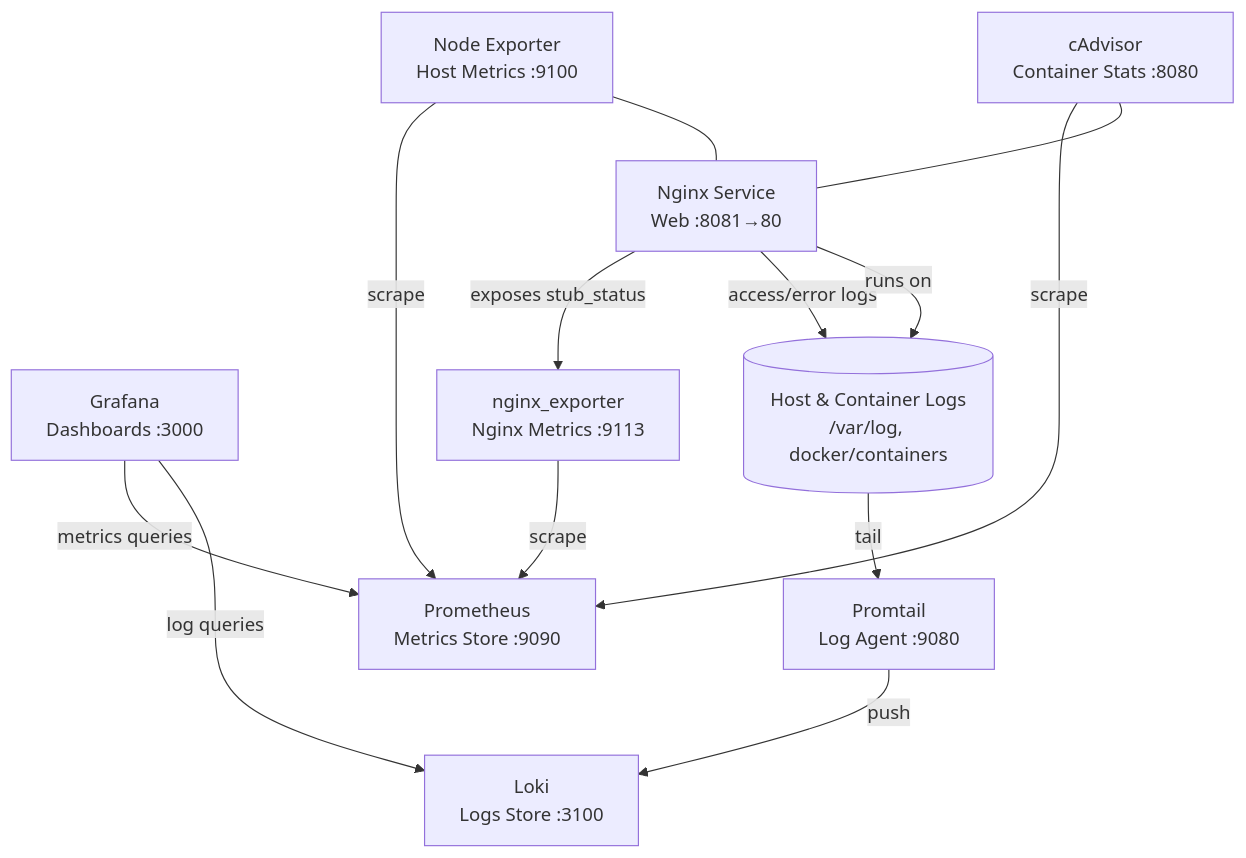
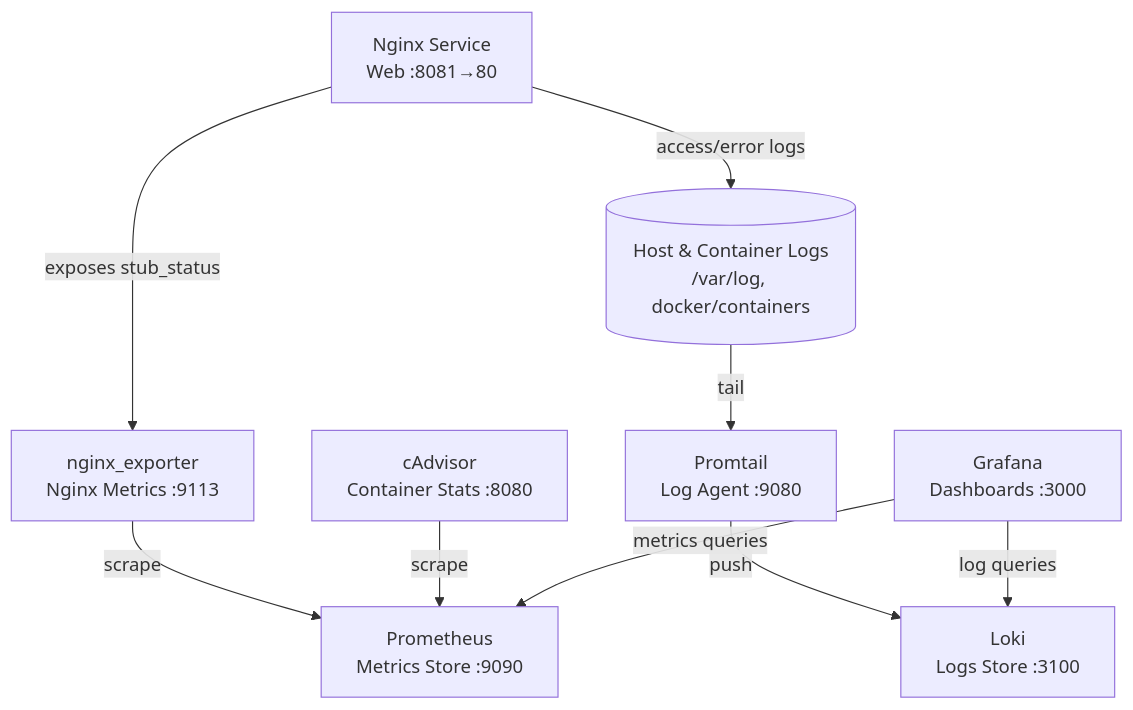
The diagram in diagrams/architecture.mmd (i-zrhe2016/docker-compose-monitoring), drawn with Mermaid before and after one commit. The commit also changed 5 other files, not shown here.

Commit message:
chore: remove node exporter component

```diff
--- a/diagrams/architecture.mmd
+++ b/diagrams/architecture.mmd
@@ -1,27 +1,21 @@
 flowchart TD
     Grafana[Grafana\nDashboards :3000]
     Prometheus[Prometheus\nMetrics Store :9090]
     Loki[Loki\nLogs Store :3100]
-    NodeExporter[Node Exporter\nHost Metrics :9100]
     cAdvisor[cAdvisor\nContainer Stats :8080]
     NginxExporter[nginx_exporter\nNginx Metrics :9113]
     Nginx[Nginx Service\nWeb :8081→80]
     Promtail[Promtail\nLog Agent :9080]
     HostLogs[(Host & Container Logs\n/var/log, docker/containers)]
 
     Grafana -- metrics queries --> Prometheus
     Grafana -- log queries --> Loki
 
-    NodeExporter -- scrape --> Prometheus
     cAdvisor -- scrape --> Prometheus
     NginxExporter -- scrape --> Prometheus
 
     Nginx -- exposes stub_status --> NginxExporter
     Nginx -- access/error logs --> HostLogs
 
     HostLogs -- tail --> Promtail
     Promtail -- push --> Loki
-
-    Nginx -- runs on --> HostLogs
-    NodeExporter --- Nginx
-    cAdvisor --- Nginx
```
